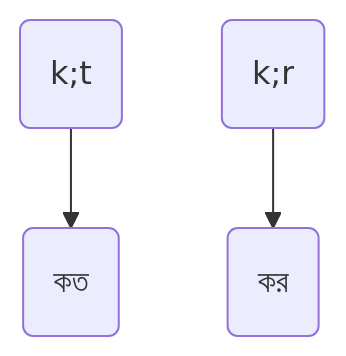
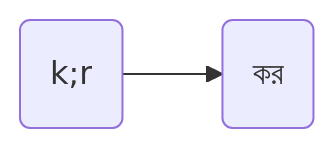
Before and after one commit to KhiproTeam/khipro-quickstart: the fourth of 6 diagrams in README.md, drawn with Mermaid. The commit also changed other lines of this file, not shown here.

````diff
--- a/README.md
+++ b/README.md
@@ -149,5 +151,5 @@
 ```mermaid
-flowchart TD
-A(k;t) --> B("কত")
+flowchart LR
+
 c(k;r) --> d("কর")
 ```
````
